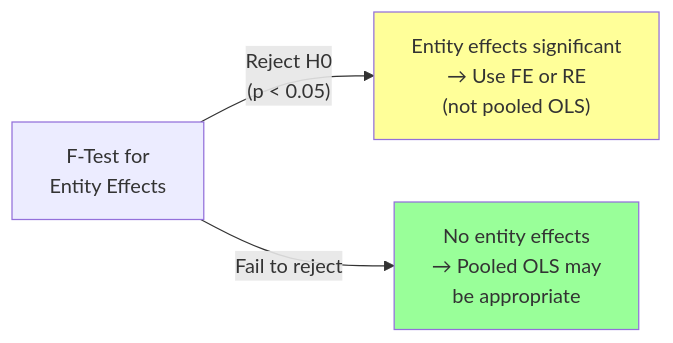
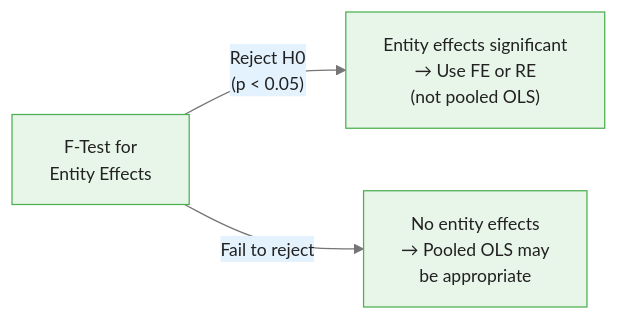
The second of 4 diagrams in courses/panel-regression/modules/module_04_model_selection/guides/02_specification_tests_slides.md (m-deane/course-creator), drawn with Mermaid before and after one commit. The commit also changed other lines of this file and 79 other files, not shown here.

````diff
--- a/courses/panel-regression/modules/module_04_model_selection/guides/02_specification_tests_slides.md
+++ b/courses/panel-regression/modules/module_04_model_selection/guides/02_specification_tests_slides.md
@@ -79,9 +109,7 @@
 ```mermaid
+%%{init: {"theme": "base", "themeVariables": {"primaryColor": "#e8f5e9", "primaryBorderColor": "#4caf50", "primaryTextColor": "#212121", "secondaryColor": "#e3f2fd", "tertiaryColor": "#fff8e1", "lineColor": "#757575", "fontFamily": "Inter, sans-serif", "fontSize": "14px"}}}%%
 flowchart LR
     FTEST["F-Test for<br/>Entity Effects"]
     FTEST -->|"Reject H0<br/>(p < 0.05)"| EFFECTS["Entity effects significant<br/>→ Use FE or RE<br/>(not pooled OLS)"]
     FTEST -->|"Fail to reject"| POOLED["No entity effects<br/>→ Pooled OLS may<br/>be appropriate"]
-
-    style EFFECTS fill:#ff9
-    style POOLED fill:#9f9
 ```
````
